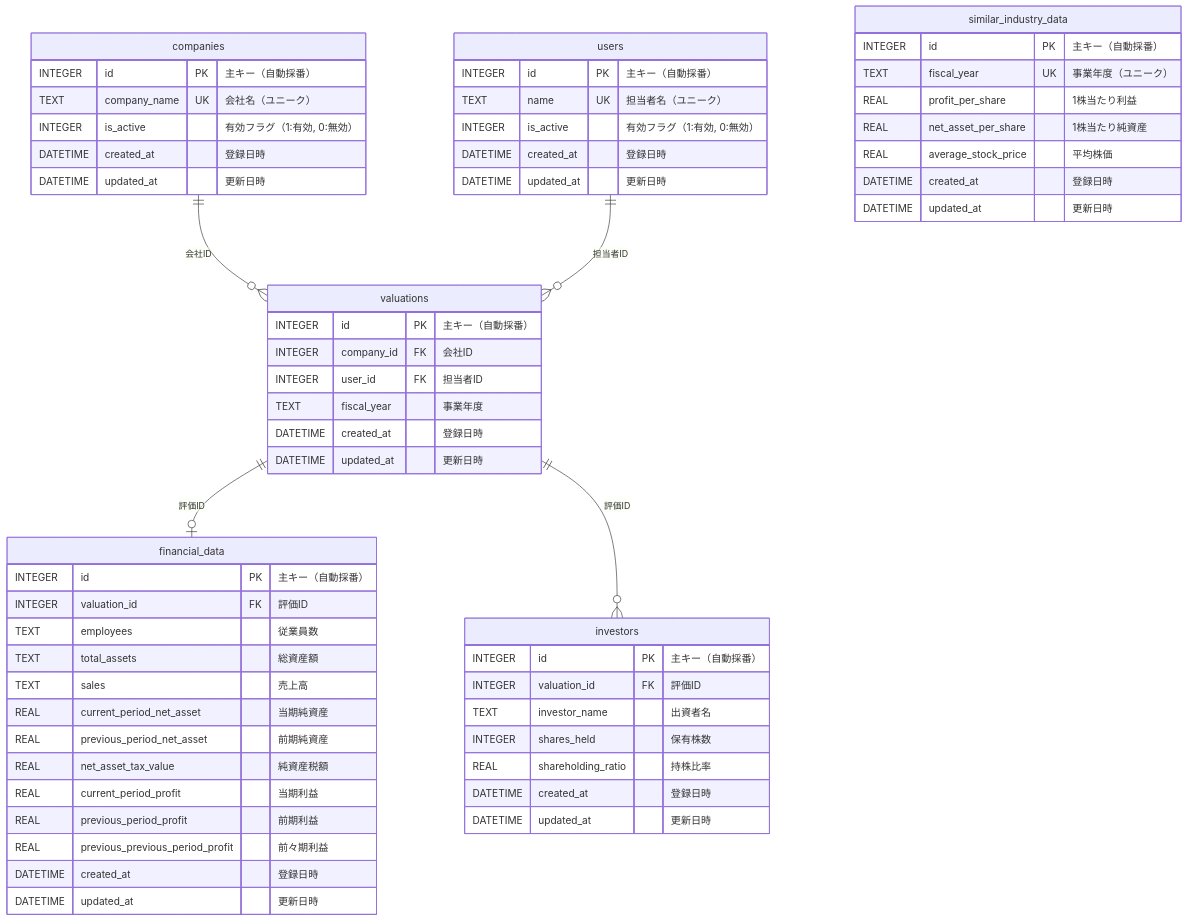
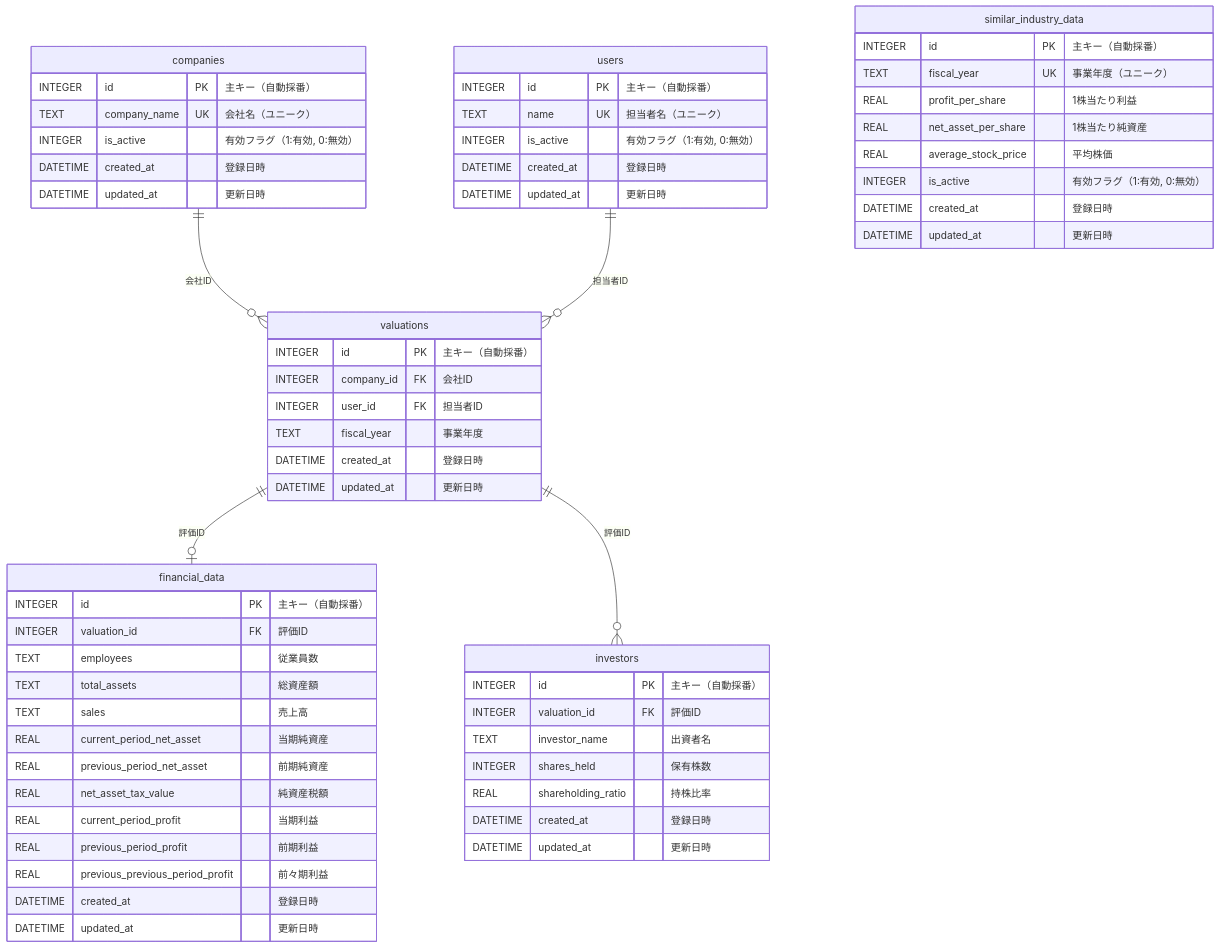
One commit to kojima1978/tax_apps changed the diagram in apps/medical-stock-valuation/docs/er-diagram.md. Above: the diagram before and after it, drawn with Mermaid. The commit also changed other lines of this file and 14 other files, not shown here.

First line of the commit message:
docs: 全アプリのREADME.mdとER図を実態に合わせて更新

````diff
--- a/apps/medical-stock-valuation/docs/er-diagram.md
+++ b/apps/medical-stock-valuation/docs/er-diagram.md
@@ -5,68 +5,69 @@
 ```mermaid
 erDiagram
     companies ||--o{ valuations : "会社ID"
     users ||--o{ valuations : "担当者ID"
     valuations ||--o| financial_data : "評価ID"
     valuations ||--o{ investors : "評価ID"
 
     companies {
         INTEGER id PK "主キー（自動採番）"
         TEXT company_name UK "会社名（ユニーク）"
         INTEGER is_active "有効フラグ（1:有効, 0:無効）"
         DATETIME created_at "登録日時"
         DATETIME updated_at "更新日時"
     }
 
     users {
         INTEGER id PK "主キー（自動採番）"
         TEXT name UK "担当者名（ユニーク）"
         INTEGER is_active "有効フラグ（1:有効, 0:無効）"
         DATETIME created_at "登録日時"
         DATETIME updated_at "更新日時"
     }
 
     valuations {
         INTEGER id PK "主キー（自動採番）"
         INTEGER company_id FK "会社ID"
         INTEGER user_id FK "担当者ID"
         TEXT fiscal_year "事業年度"
         DATETIME created_at "登録日時"
         DATETIME updated_at "更新日時"
     }
 
     financial_data {
         INTEGER id PK "主キー（自動採番）"
         INTEGER valuation_id FK "評価ID"
         TEXT employees "従業員数"
         TEXT total_assets "総資産額"
         TEXT sales "売上高"
         REAL current_period_net_asset "当期純資産"
         REAL previous_period_net_asset "前期純資産"
         REAL net_asset_tax_value "純資産税額"
         REAL current_period_profit "当期利益"
         REAL previous_period_profit "前期利益"
         REAL previous_previous_period_profit "前々期利益"
         DATETIME created_at "登録日時"
         DATETIME updated_at "更新日時"
     }
 
     investors {
         INTEGER id PK "主キー（自動採番）"
         INTEGER valuation_id FK "評価ID"
         TEXT investor_name "出資者名"
         INTEGER shares_held "保有株数"
         REAL shareholding_ratio "持株比率"
         DATETIME created_at "登録日時"
         DATETIME updated_at "更新日時"
     }
 
     similar_industry_data {
         INTEGER id PK "主キー（自動採番）"
         TEXT fiscal_year UK "事業年度（ユニーク）"
         REAL profit_per_share "1株当たり利益"
         REAL net_asset_per_share "1株当たり純資産"
         REAL average_stock_price "平均株価"
+        INTEGER is_active "有効フラグ（1:有効, 0:無効）"
         DATETIME created_at "登録日時"
         DATETIME updated_at "更新日時"
     }
 ```
````
